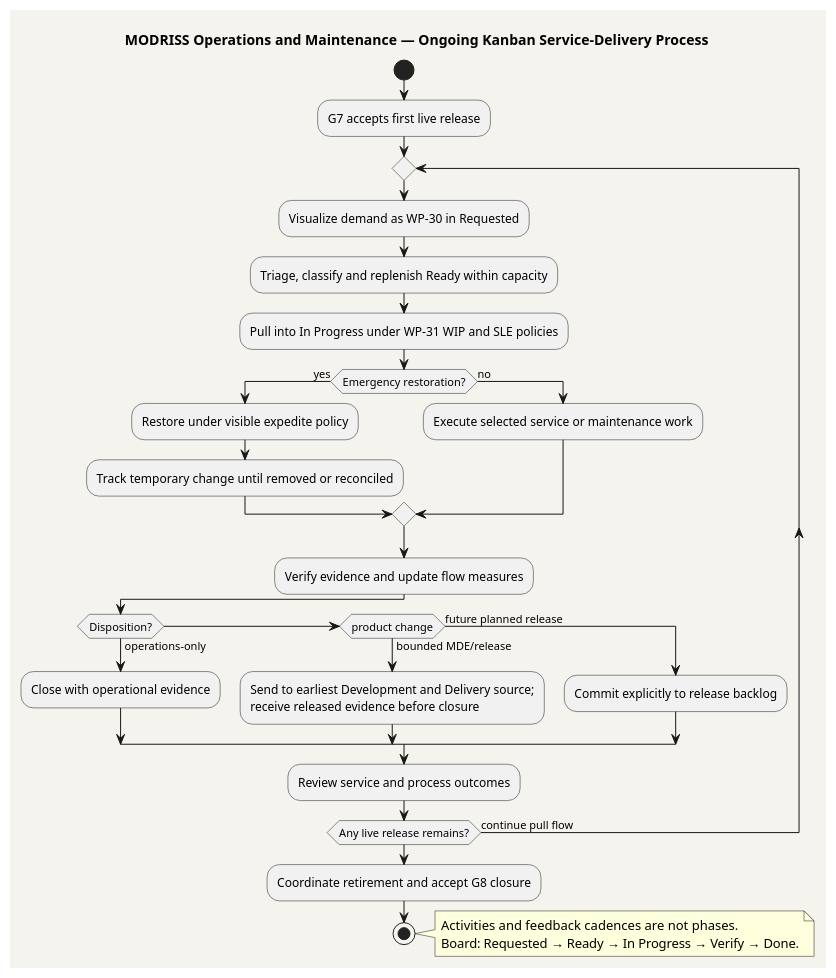
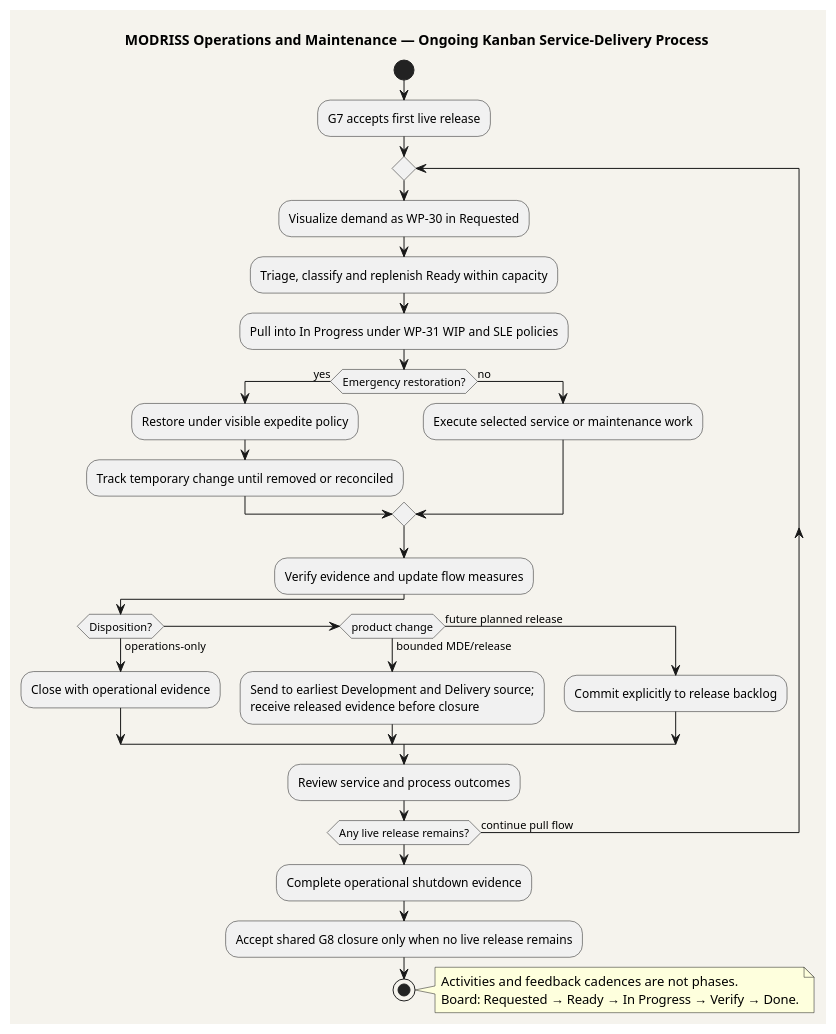
One commit to mehdieidi/modriss changed the diagram in mde/process/engineered-method/spem/operations-flow.puml. Above: the diagram before and after it, drawn with PlantUML. The commit also changed 20 other files, not shown here.

```diff
--- a/mde/process/engineered-method/spem/operations-flow.puml
+++ b/mde/process/engineered-method/spem/operations-flow.puml
@@ -1,33 +1,34 @@
 @startuml
 title MODRISS Operations and Maintenance — Ongoing Kanban Service-Delivery Process
 skinparam backgroundColor #F5F3ED
 skinparam shadowing false
 start
 :G7 accepts first live release;
 repeat
   :Visualize demand as WP-30 in Requested;
   :Triage, classify and replenish Ready within capacity;
   :Pull into In Progress under WP-31 WIP and SLE policies;
   if (Emergency restoration?) then (yes)
     :Restore under visible expedite policy;
     :Track temporary change until removed or reconciled;
   else (no)
     :Execute selected service or maintenance work;
   endif
   :Verify evidence and update flow measures;
   if (Disposition?) then (operations-only)
     :Close with operational evidence;
   elseif (product change) then (bounded MDE/release)
     :Send to earliest Development and Delivery source;\nreceive released evidence before closure;
   else (future planned release)
     :Commit explicitly to release backlog;
   endif
   :Review service and process outcomes;
 repeat while (Any live release remains?) is (continue pull flow)
-:Coordinate retirement and accept G8 closure;
+:Complete operational shutdown evidence;
+:Accept shared G8 closure only when no live release remains;
 stop
 note right
   Activities and feedback cadences are not phases.
   Board: Requested → Ready → In Progress → Verify → Done.
 end note
 @enduml
```
